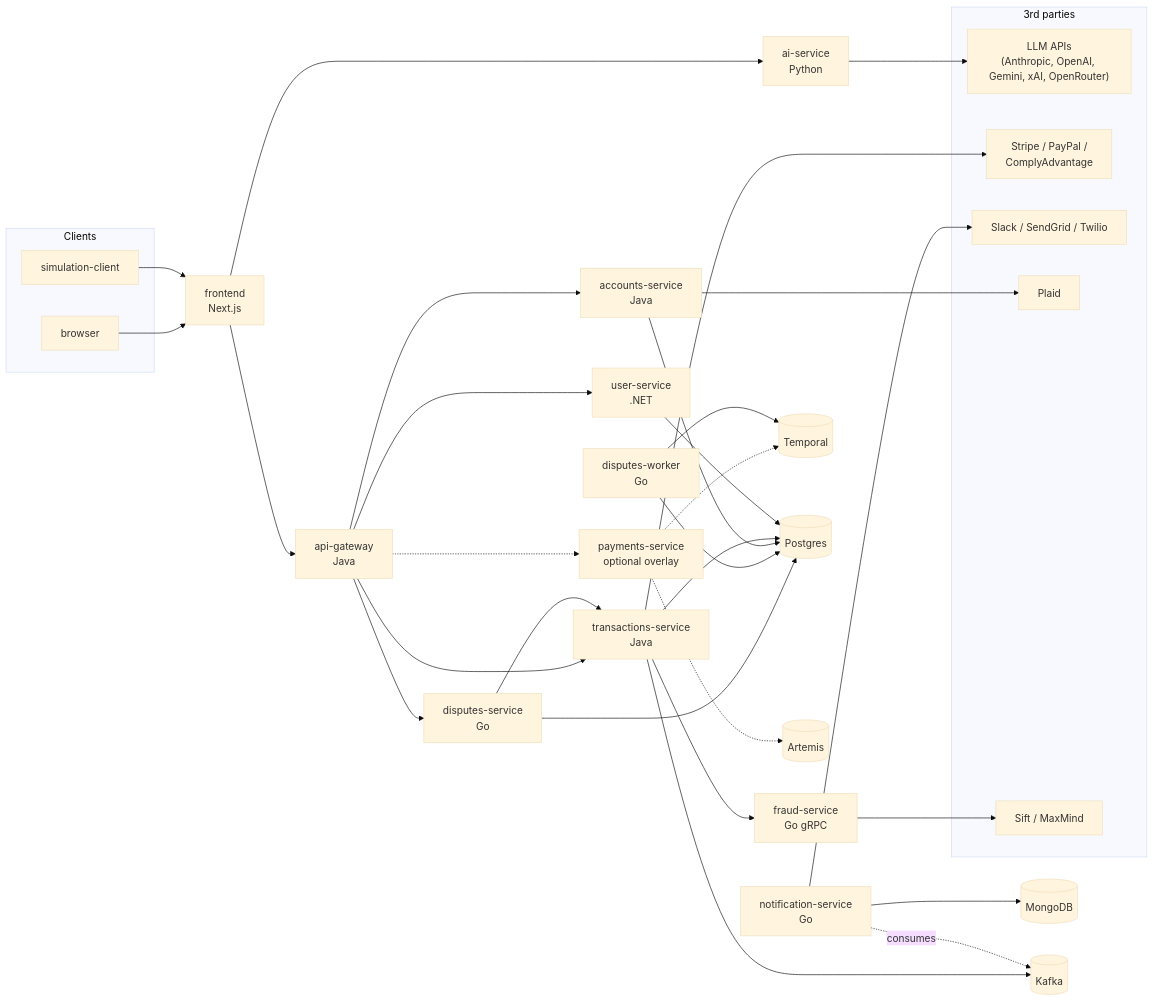
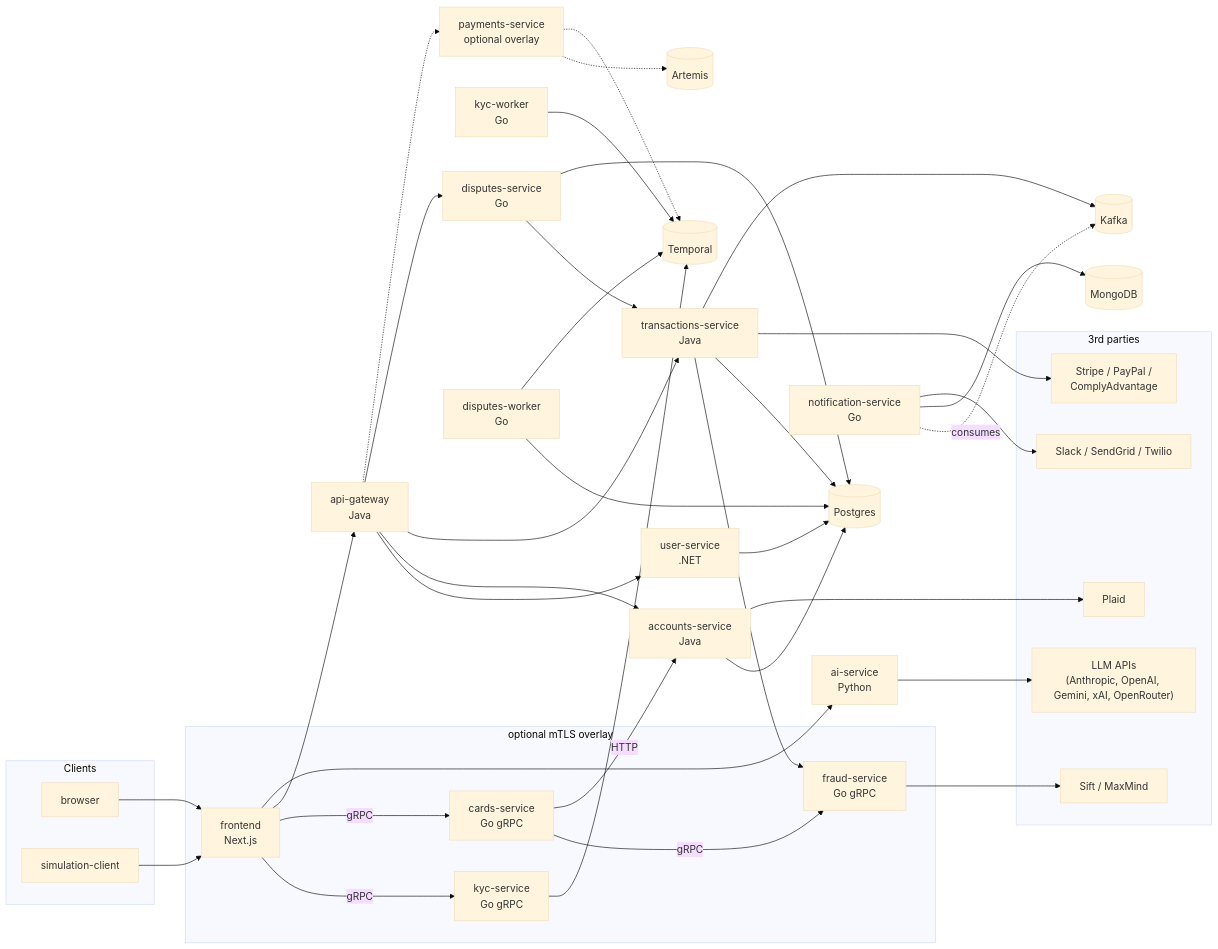
Before and after one commit to dipjyotimetia/distributed-systems: the diagram in README.md, drawn with Mermaid (base theme). The commit also changed other lines of this file and 21 other files, not shown here.

First line of the commit message:
feat: generate frontend gRPC clients from the shared protos

````diff
--- a/README.md
+++ b/README.md
@@ -57,64 +59,81 @@
 ```mermaid
 flowchart LR
   subgraph clients["Clients"]
     browser[browser]
     sim[simulation-client]
   end
 
   frontend[frontend<br/>Next.js]
   gateway[api-gateway<br/>Java]
   accounts[accounts-service<br/>Java]
   transactions[transactions-service<br/>Java]
   users[user-service<br/>.NET]
   ai[ai-service<br/>Python]
   fraud[fraud-service<br/>Go gRPC]
+  kyc[kyc-service<br/>Go gRPC]
+  kycworker[kyc-worker<br/>Go]
+  cards[cards-service<br/>Go gRPC]
   notif[notification-service<br/>Go]
   disputes[disputes-service<br/>Go]
   worker[disputes-worker<br/>Go]
   temporal[(Temporal)]
 
   postgres[(Postgres)]
   mongo[(MongoDB)]
   kafka[(Kafka)]
 
   subgraph thirdparty["3rd parties"]
     llm["LLM APIs<br/>(Anthropic, OpenAI, Gemini, xAI, OpenRouter)"]
     payments["Stripe / PayPal /<br/>ComplyAdvantage"]
     messaging["Slack / SendGrid / Twilio"]
     plaid["Plaid"]
     risk["Sift / MaxMind"]
   end
 
   browser --> frontend
   sim --> frontend
+  frontend -->|gRPC| kyc
+  frontend -->|gRPC| cards
+  kyc --> temporal
+  kycworker --> temporal
+  cards -->|gRPC| fraud
+  cards -->|HTTP| accounts
+
+  subgraph mtls["optional mTLS overlay"]
+    frontend
+    kyc
+    cards
+    fraud
+  end
+
   frontend --> gateway
   gateway --> users
   gateway --> accounts
   gateway --> transactions
   frontend --> ai
   gateway --> disputes
   disputes --> transactions
   disputes --> postgres
   gateway -.-> outboundPayments[payments-service<br/>optional overlay]
   outboundPayments -.-> artemis[(Artemis)]
   outboundPayments -.-> temporal
   worker --> postgres
   worker --> temporal
 
   accounts --> postgres
   transactions --> postgres
   users --> postgres
   accounts --> plaid
 
   transactions --> fraud
   transactions --> payments
   transactions --> kafka
 
   fraud --> risk
 
   ai --> llm
 
   notif -.consumes.-> kafka
   notif --> mongo
   notif --> messaging
 ```
````
